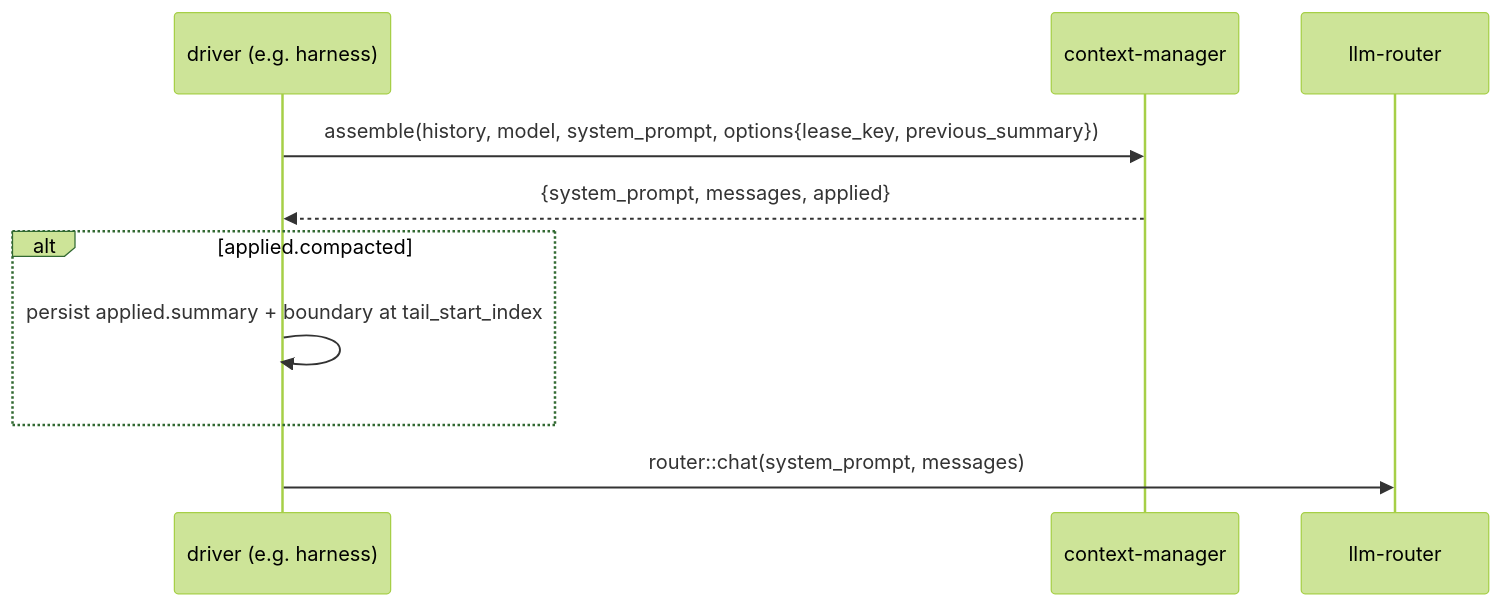
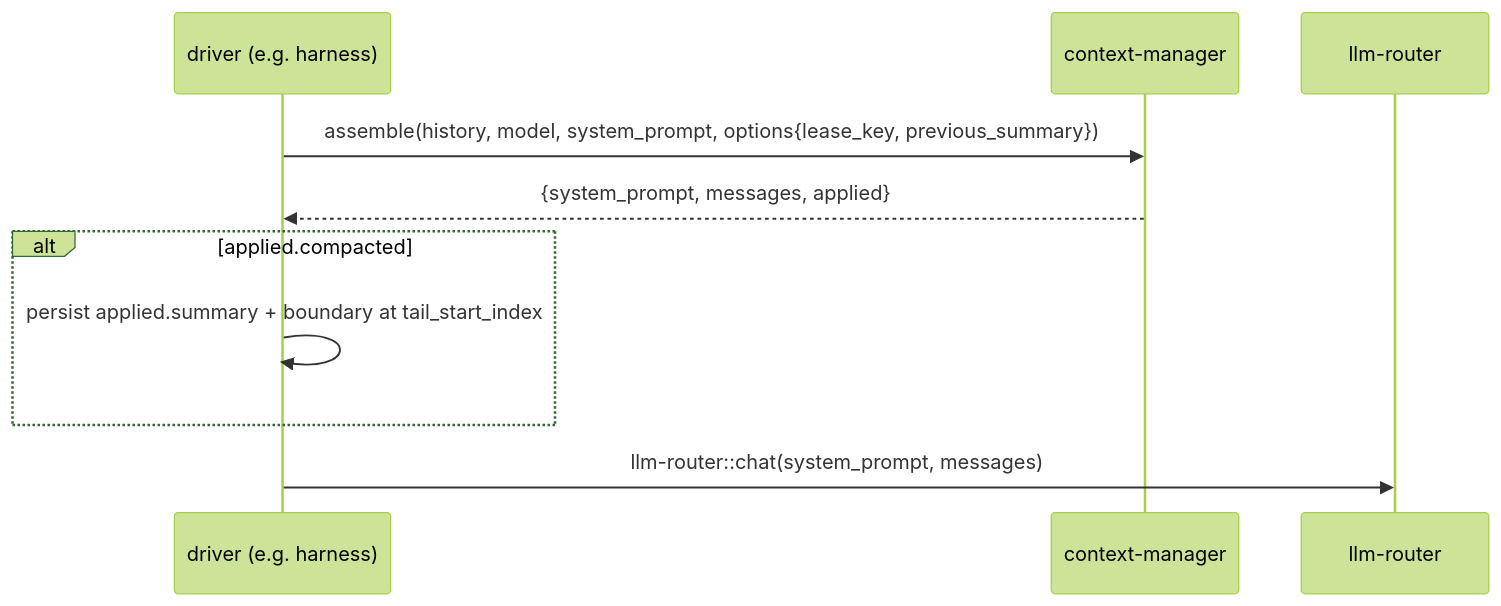
The second of 2 diagrams in context-manager/architecture/integration.md (iii-hq/workers), drawn with Mermaid (forest theme) before and after one commit. The commit also changed other lines of this file and 411 other files, not shown here.

First line of the commit message:
feat(llm-router): rename router::* to llm-router::*, keep router::* as deprecated aliases

````diff
--- a/context-manager/architecture/integration.md
+++ b/context-manager/architecture/integration.md
@@ -357,12 +357,12 @@
 ```mermaid
 sequenceDiagram
   participant D as driver (e.g. harness)
   participant CM as context-manager
   participant R as llm-router
   D->>CM: assemble(history, model, system_prompt, options{lease_key, previous_summary})
   CM-->>D: {system_prompt, messages, applied}
   alt applied.compacted
     D->>D: persist applied.summary + boundary at tail_start_index
   end
-  D->>R: router::chat(system_prompt, messages)
+  D->>R: llm-router::chat(system_prompt, messages)
 ```
````
